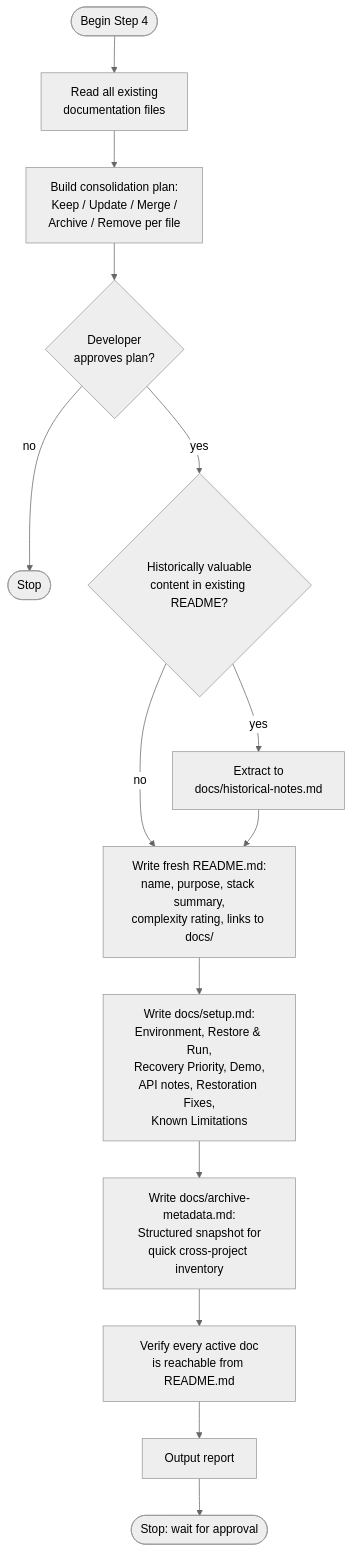
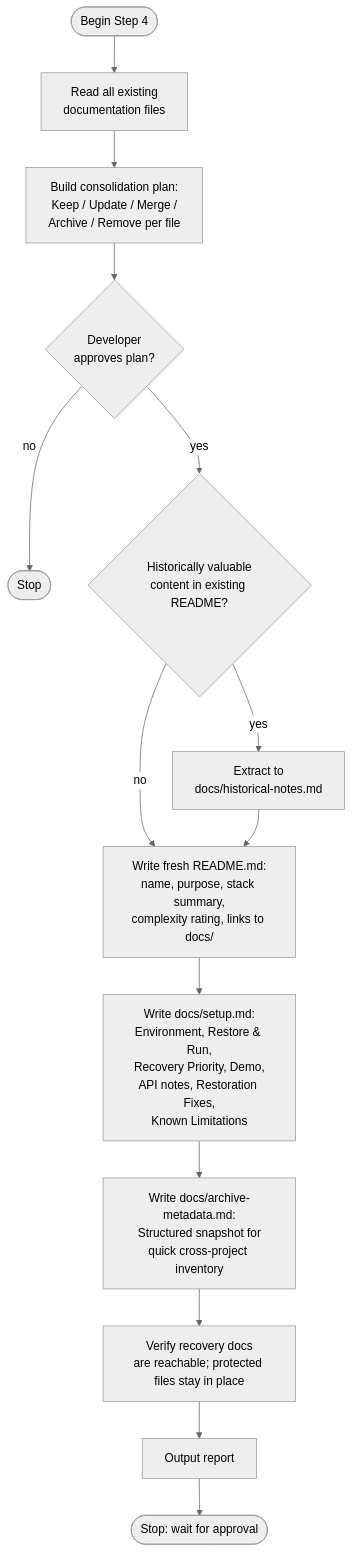
One commit to myowinthein/agent-helm changed the diagram in docs/commands/archive/4-documentation.md. Above: the diagram before and after it, drawn with Mermaid (neutral theme). The commit also changed other lines of this file and 11 other files, not shown here.

````diff
--- a/docs/commands/archive/4-documentation.md
+++ b/docs/commands/archive/4-documentation.md
@@ -14,23 +14,23 @@
 ```mermaid
 flowchart TD
   Start([Begin Step 4]) --> ReadDocs[Read all existing\ndocumentation files]
 
   ReadDocs --> Plan["Build consolidation plan:\nKeep / Update / Merge /\nArchive / Remove per file"]
 
   Plan --> Approval{Developer\napproves plan?}
   Approval -->|no| Stop([Stop])
   Approval -->|yes| Historical{Historically valuable\ncontent in existing README?}
 
   Historical -->|yes| Extract[Extract to\ndocs/historical-notes.md]
   Historical -->|no| WriteREADME
 
   Extract --> WriteREADME[Write fresh README.md:\nname, purpose, stack summary,\ncomplexity rating, links to docs/]
 
   WriteREADME --> WriteSetup["Write docs/setup.md:\nEnvironment, Restore & Run,\nRecovery Priority, Demo,\nAPI notes, Restoration Fixes,\nKnown Limitations"]
 
   WriteSetup --> WriteMeta["Write docs/archive-metadata.md:\nStructured snapshot for\nquick cross-project inventory"]
 
-  WriteMeta --> Verify[Verify every active doc\nis reachable from README.md]
+  WriteMeta --> Verify[Verify recovery docs\nare reachable; protected files stay in place]
 
   Verify --> Report[Output report] --> StopApprove([Stop: wait for approval])
 ```
````
